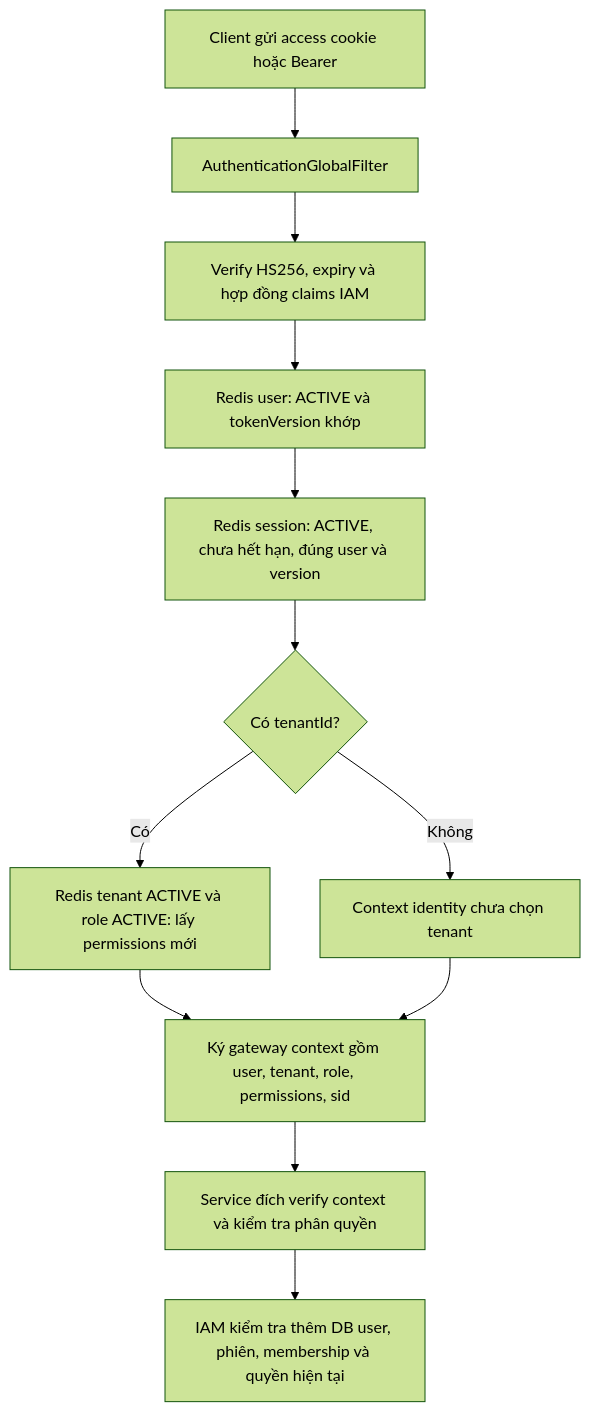
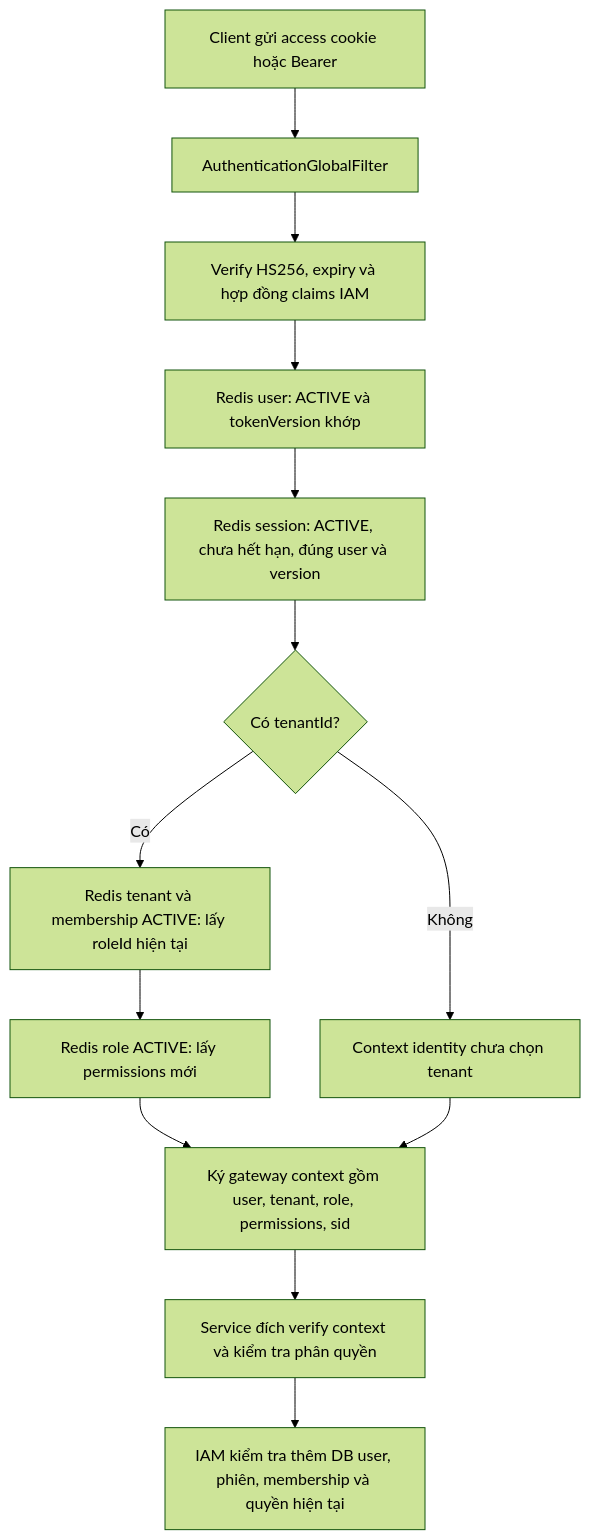
Before and after one commit to NDQuynh259/vishop-platform: the second of 2 diagrams in docs/core-architecture/authentication-flow.md, drawn with Mermaid (forest theme). The commit also changed other lines of this file and 33 other files, not shown here.

First line of the commit message:
feat: Implement tenant-scoped membership authorization and cache delivery

````diff
--- a/docs/core-architecture/authentication-flow.md
+++ b/docs/core-architecture/authentication-flow.md
@@ -102,14 +103,15 @@
 ```mermaid
 flowchart TD
     C[Client gửi access cookie hoặc Bearer] --> F[AuthenticationGlobalFilter]
     F --> V[Verify HS256, expiry và hợp đồng claims IAM]
     V --> U[Redis user: ACTIVE và tokenVersion khớp]
     U --> S[Redis session: ACTIVE, chưa hết hạn, đúng user và version]
     S --> T{Có tenantId?}
-    T -->|Có| P[Redis tenant ACTIVE và role ACTIVE: lấy permissions mới]
+    T -->|Có| M[Redis tenant và membership ACTIVE: lấy roleId hiện tại]
+    M --> P[Redis role ACTIVE: lấy permissions mới]
     T -->|Không| N[Context identity chưa chọn tenant]
     P --> X[Ký gateway context gồm user, tenant, role, permissions, sid]
     N --> X
     X --> B[Service đích verify context và kiểm tra phân quyền]
     B --> I[IAM kiểm tra thêm DB user, phiên, membership và quyền hiện tại]
 ```
````
